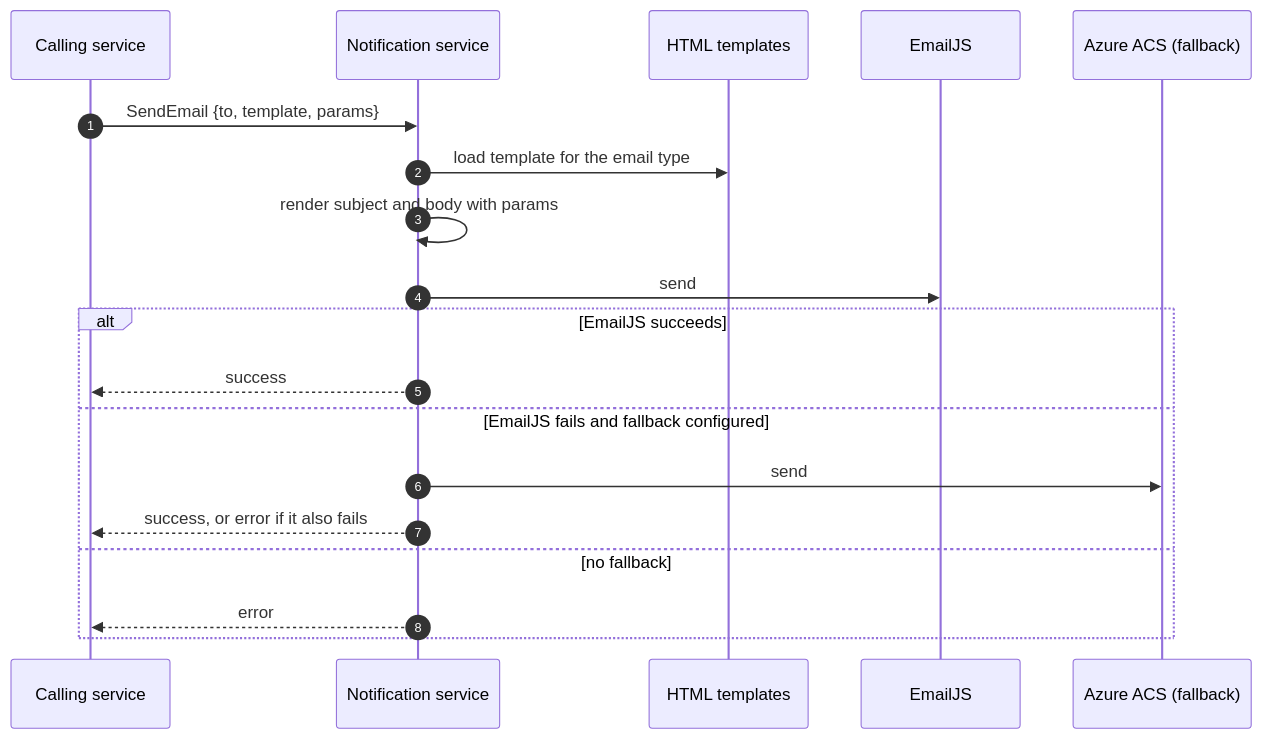
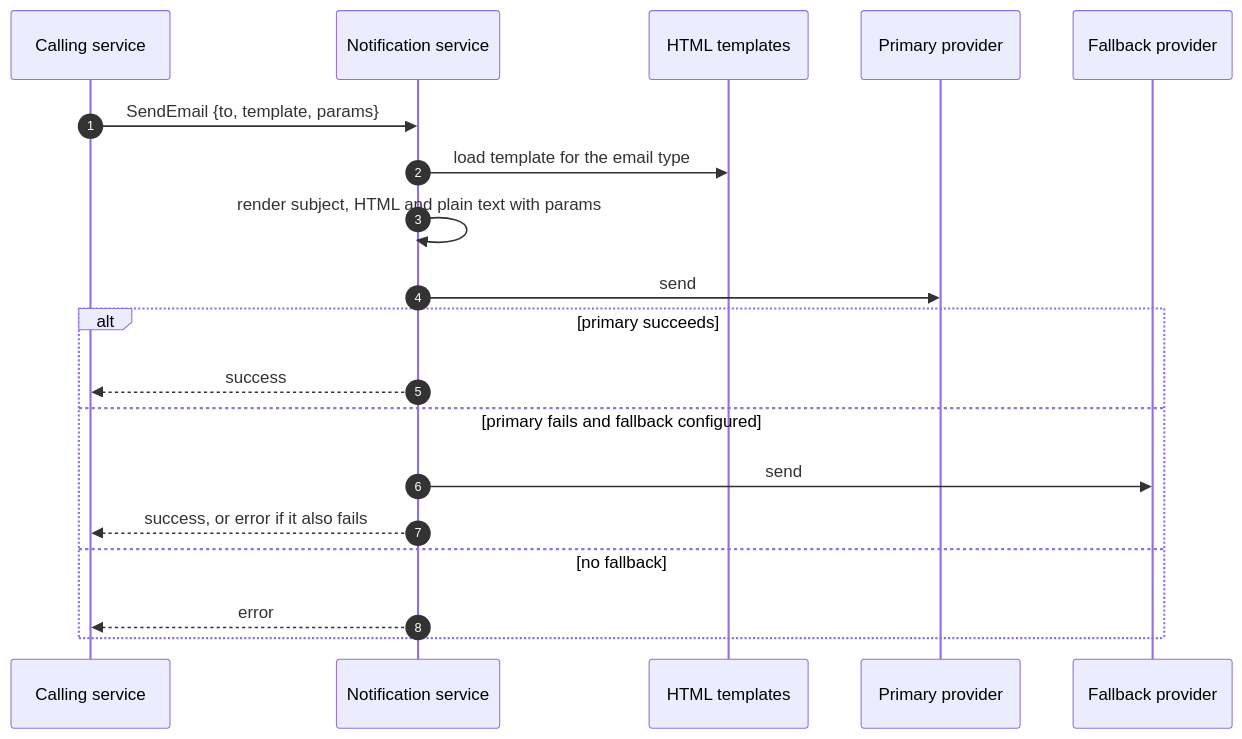
Before and after one commit to PCPI-UN/Iris: the diagram in docs/notification-service/README.md, drawn with Mermaid. The commit also changed other lines of this file and 13 other files, not shown here.

First line of the commit message:
[CU-86e3z8m74]: split ACS and EmailJS into provider adapters chosen by configuration

````diff
--- a/docs/notification-service/README.md
+++ b/docs/notification-service/README.md
@@ -38,22 +51,22 @@
 ```mermaid
 sequenceDiagram
     autonumber
     participant C as Calling service
     participant N as Notification service
     participant T as HTML templates
-    participant EJ as EmailJS
-    participant ACS as Azure ACS (fallback)
+    participant P as Primary provider
+    participant F as Fallback provider
 
     C->>N: SendEmail {to, template, params}
     N->>T: load template for the email type
-    N->>N: render subject and body with params
-    N->>EJ: send
-    alt EmailJS succeeds
+    N->>N: render subject, HTML and plain text with params
+    N->>P: send
+    alt primary succeeds
         N-->>C: success
-    else EmailJS fails and fallback configured
-        N->>ACS: send
+    else primary fails and fallback configured
+        N->>F: send
         N-->>C: success, or error if it also fails
     else no fallback
         N-->>C: error
     end
 ```
````
